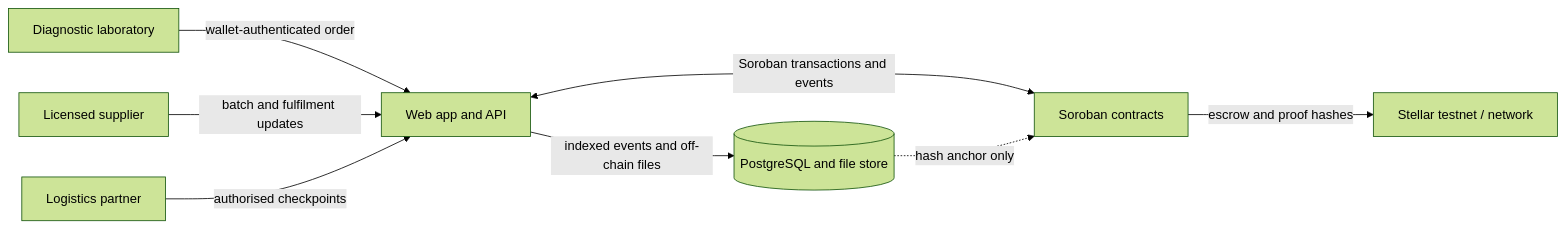
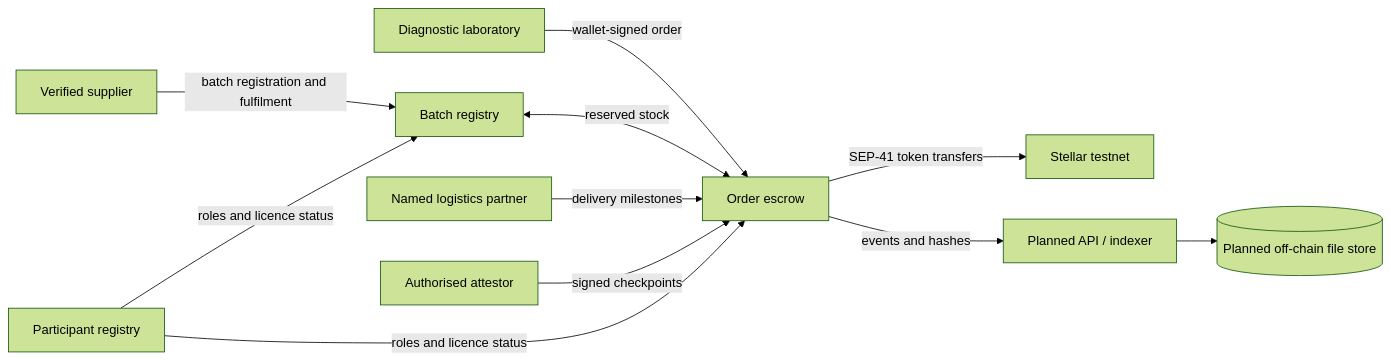
The first of 2 diagrams in README.md (thaiwoz02/medichain-stellar), drawn with Mermaid (forest theme) before and after one commit. The commit also changed other lines of this file and 3 other files, not shown here.

````diff
--- a/README.md
+++ b/README.md
@@ -13,10 +13,13 @@
 ```mermaid
 flowchart LR
-  Lab[Diagnostic laboratory] -->|wallet-authenticated order| App[Web app and API]
-  Supplier[Licensed supplier] -->|batch and fulfilment updates| App
-  Carrier[Logistics partner] -->|authorised checkpoints| App
-  App <-->|Soroban transactions and events| Contracts[Soroban contracts]
-  Contracts -->|escrow and proof hashes| Stellar[Stellar testnet / network]
-  App -->|indexed events and off-chain files| DB[(PostgreSQL and file store)]
-  DB -.->|hash anchor only| Contracts
+  Lab[Diagnostic laboratory] -->|wallet-signed order| Escrow[Order escrow]
+  Supplier[Verified supplier] -->|batch registration and fulfilment| Batch[Batch registry]
+  Carrier[Named logistics partner] -->|delivery milestones| Escrow
+  Attestor[Authorised attestor] -->|signed checkpoints| Escrow
+  Registry[Participant registry] -->|roles and licence status| Batch
+  Registry -->|roles and licence status| Escrow
+  Batch <-->|reserved stock| Escrow
+  Escrow -->|SEP-41 token transfers| Stellar[Stellar testnet]
+  Escrow -->|events and hashes| FutureIndexer[Planned API / indexer]
+  FutureIndexer --> FutureStore[(Planned off-chain file store)]
 ```
````
